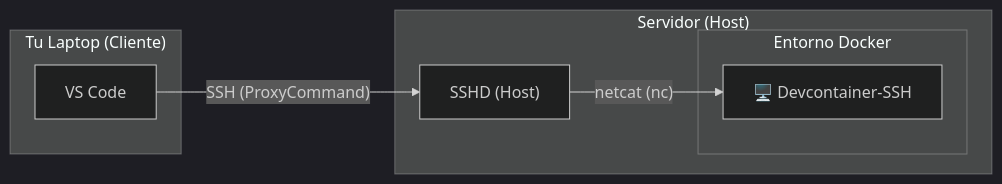
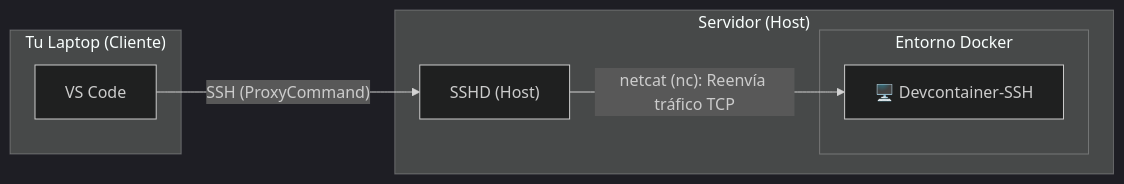
One commit to Joacohbc/my-devcontainer-installer changed the third of 4 diagrams in README.md. Above: the diagram before and after it, drawn with Mermaid (dark theme). The commit also changed other lines of this file, not shown here.

````diff
--- a/README.md
+++ b/README.md
@@ -66,17 +69,17 @@
 ```mermaid
 graph LR
     subgraph Laptop["Tu Laptop (Cliente)"]
         VSCode["VS Code"]
     end
     
     subgraph Server["Servidor (Host)"]
         SSHD["SSHD (Host)"]
         
         subgraph DockerEnv["Entorno Docker"]
             DevContainer["🖥️ Devcontainer-SSH"]
         end
     end
     
     VSCode -- "SSH (ProxyCommand)" --> SSHD
-    SSHD -- "netcat (nc)" --> DevContainer
+    SSHD -- "netcat (nc): Reenvía tráfico TCP" --> DevContainer
 ```
````
